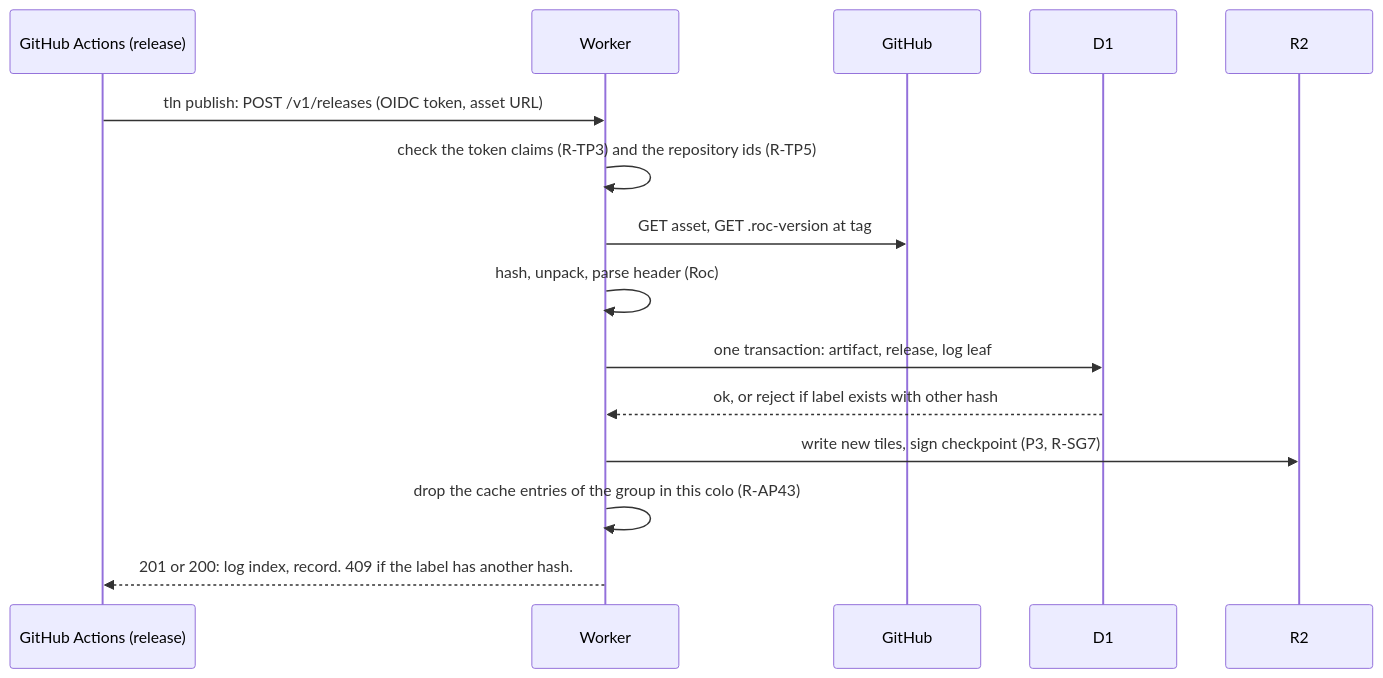
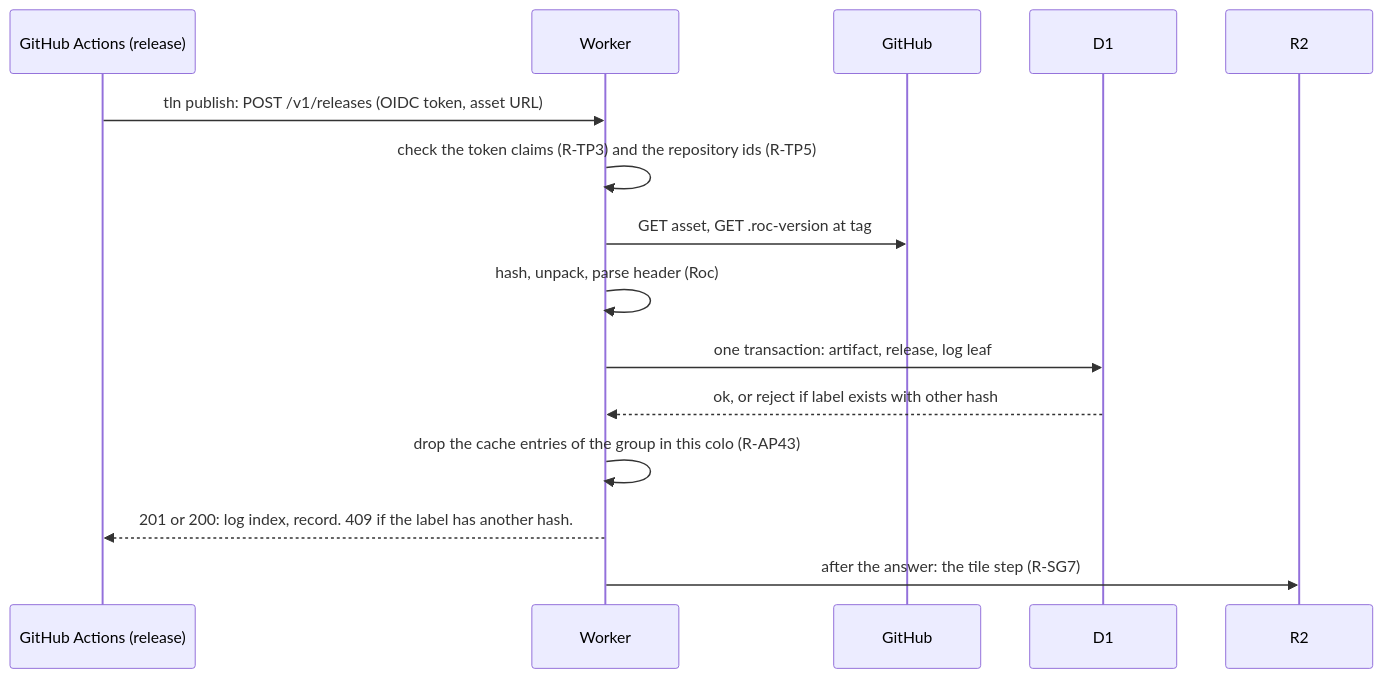
Before and after one commit to roc-talon/talon: the fourth of 4 diagrams in DESIGN-REGISTRY.md, drawn with Mermaid. The commit also changed other lines of this file and 1 other file, not shown here.

First line of the commit message:
design: Q636 and Q637 (log tiles, checkpoints and log routes; TOKEN_OLD_KEYS)

````diff
--- a/DESIGN-REGISTRY.md
+++ b/DESIGN-REGISTRY.md
@@ -1330,17 +1330,17 @@
 ```mermaid
 sequenceDiagram
     participant CI as GitHub Actions (release)
     participant W as Worker
     participant GH as GitHub
     participant D as D1
     participant R as R2
     CI->>W: tln publish: POST /v1/releases (OIDC token, asset URL)
     W->>W: check the token claims (R-TP3) and the repository ids (R-TP5)
     W->>GH: GET asset, GET .roc-version at tag
     W->>W: hash, unpack, parse header (Roc)
     W->>D: one transaction: artifact, release, log leaf
     D-->>W: ok, or reject if label exists with other hash
-    W->>R: write new tiles, sign checkpoint (P3, R-SG7)
     W->>W: drop the cache entries of the group in this colo (R-AP43)
     W-->>CI: 201 or 200: log index, record. 409 if the label has another hash.
+    W->>R: after the answer: the tile step (R-SG7)
 ```
````
